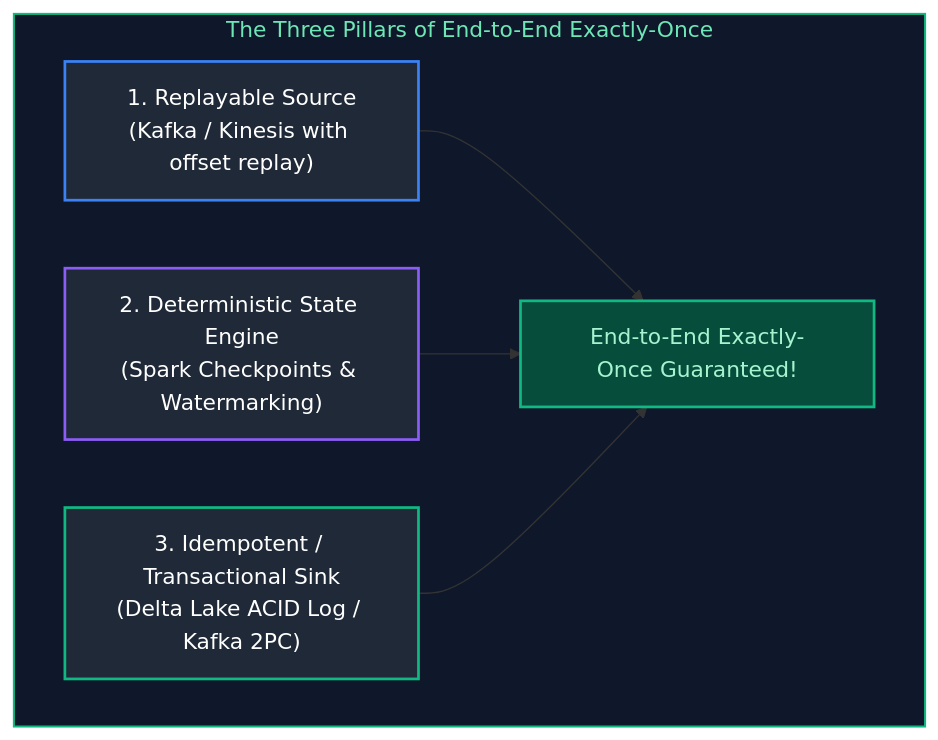
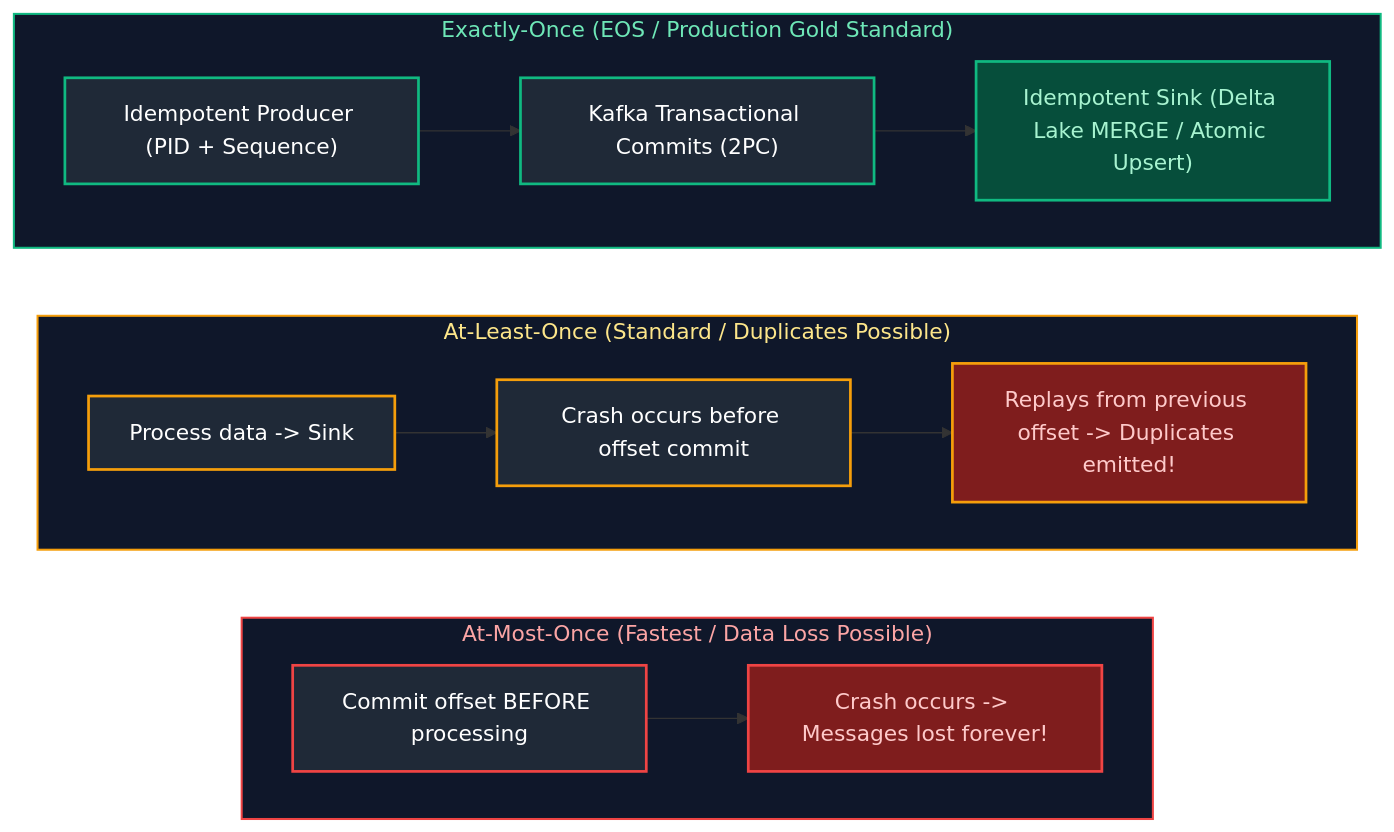
Before and after one commit to joydeep-biswas/Interview-Preparation: diagram 14 of 14 in Data Engineering/11_streaming_and_kafka_event_streaming.md, drawn with Mermaid. The commit also changed other lines of this file and 143 other files, not shown here.

````diff
--- a/Data Engineering/11_streaming_and_kafka_event_streaming.md
+++ b/Data Engineering/11_streaming_and_kafka_event_streaming.md
@@ -1003,17 +824,31 @@
 ```mermaid
-flowchart TD
-    subgraph ExactlyOncePillars ["The Three Pillars of End-to-End Exactly-Once"]
-        Pillar1["1. Replayable Source<br/>(Kafka / Kinesis with offset replay)"]
-        Pillar2["2. Deterministic State Engine<br/>(Spark Checkpoints & Watermarking)"]
-        Pillar3["3. Idempotent / Transactional Sink<br/>(Delta Lake ACID Log / Kafka 2PC)"]
-
-        Pillar1 & Pillar2 & Pillar3 --> Guarantee["End-to-End Exactly-Once Guaranteed!"]
+flowchart LR
+    subgraph AtMostOnce ["At-Most-Once (Fastest / Data Loss Possible)"]
+        direction LR
+        M1["Commit offset BEFORE processing"] --> M2["Crash occurs -> Messages lost forever!"]
     end
 
-    style ExactlyOncePillars fill:#0f172a,stroke:#10b981,stroke-width:1.5px,color:#6ee7b7
+    subgraph AtLeastOnce ["At-Least-Once (Standard / Duplicates Possible)"]
+        direction LR
+        L1["Process data -> Sink"] --> L2["Crash occurs before offset commit"]
+        L2 --> L3["Replays from previous offset -> Duplicates emitted!"]
+    end
 
-    style Pillar1 fill:#1f2937,stroke:#3b82f6,stroke-width:2px,color:#fff
-    style Pillar2 fill:#1f2937,stroke:#8b5cf6,stroke-width:2px,color:#fff
-    style Pillar3 fill:#1f2937,stroke:#10b981,stroke-width:2px,color:#fff
-    style Guarantee fill:#064e3b,stroke:#10b981,stroke-width:2px,color:#a7f3d0
+    subgraph ExactlyOnce ["Exactly-Once (EOS / Production Gold Standard)"]
+        direction LR
+        E1["Idempotent Producer (PID + Sequence)"] --> E2["Kafka Transactional Commits (2PC)"]
+        E2 --> E3["Idempotent Sink (Delta Lake MERGE / Atomic Upsert)"]
+    end
+
+    style AtMostOnce fill:#0f172a,stroke:#ef4444,stroke-width:1.5px,color:#fca5a5
+    style AtLeastOnce fill:#0f172a,stroke:#f59e0b,stroke-width:1.5px,color:#fde68a
+    style ExactlyOnce fill:#0f172a,stroke:#10b981,stroke-width:1.5px,color:#6ee7b7
+    style M1 fill:#1f2937,stroke:#ef4444,stroke-width:2px,color:#fff
+    style M2 fill:#7f1d1d,stroke:#ef4444,stroke-width:2px,color:#fecaca
+    style L1 fill:#1f2937,stroke:#f59e0b,stroke-width:2px,color:#fff
+    style L2 fill:#1f2937,stroke:#f59e0b,stroke-width:2px,color:#fff
+    style L3 fill:#7f1d1d,stroke:#f59e0b,stroke-width:2px,color:#fecaca
+    style E1 fill:#1f2937,stroke:#10b981,stroke-width:2px,color:#fff
+    style E2 fill:#1f2937,stroke:#10b981,stroke-width:2px,color:#fff
+    style E3 fill:#064e3b,stroke:#10b981,stroke-width:2px,color:#a7f3d0
 ```
````
